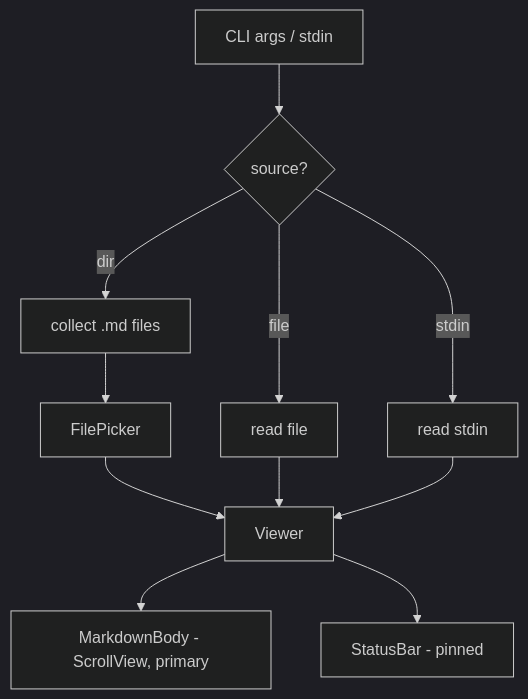
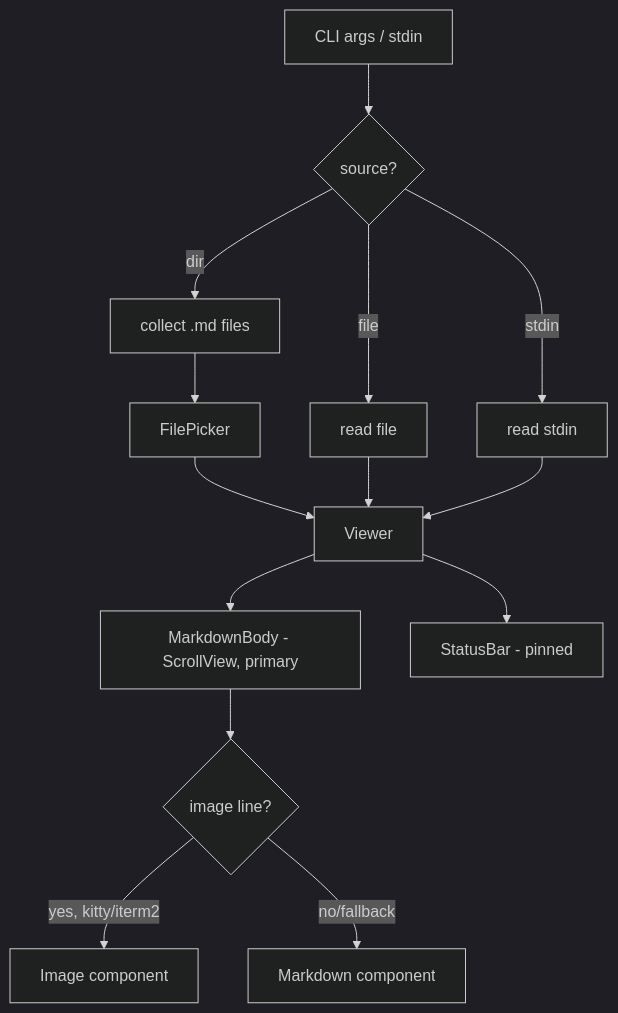
Before and after one commit to justEstif/mdview: the diagram in README.md, drawn with Mermaid (dark theme). The commit also changed other lines of this file and 4 other files, not shown here.

````diff
--- a/README.md
+++ b/README.md
@@ -38,12 +38,15 @@
 ```mermaid
 flowchart TD
     A[CLI args / stdin] --> B{source?}
     B -- file --> C[read file]
     B -- dir --> D[collect .md files] --> E[FilePicker]
     B -- stdin --> F[read stdin]
     E --> G[Viewer]
     C --> G
     F --> G
     G --> H[MarkdownBody - ScrollView, primary]
     G --> I[StatusBar - pinned]
+    H --> J{image line?}
+    J -- yes, kitty/iterm2 --> K[Image component]
+    J -- no/fallback --> L[Markdown component]
 ```
````
